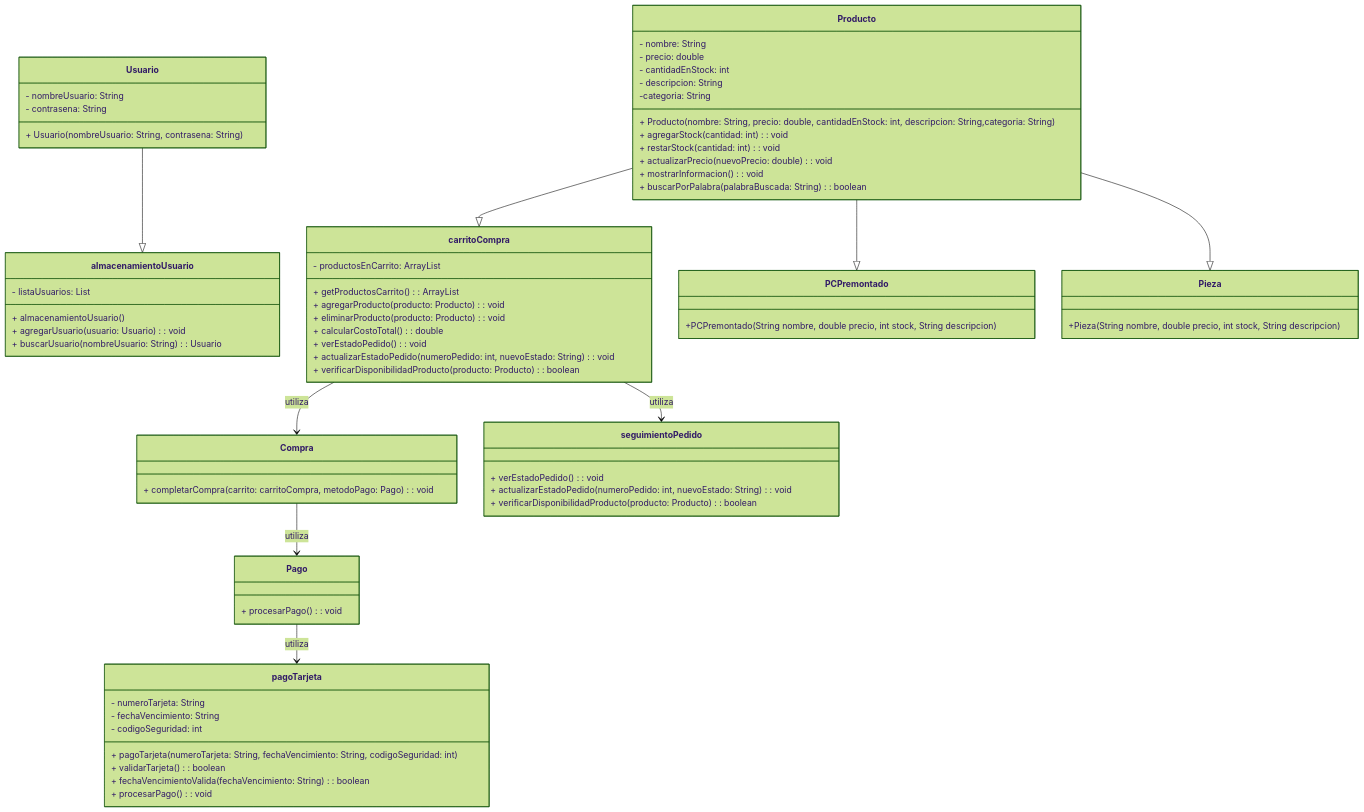
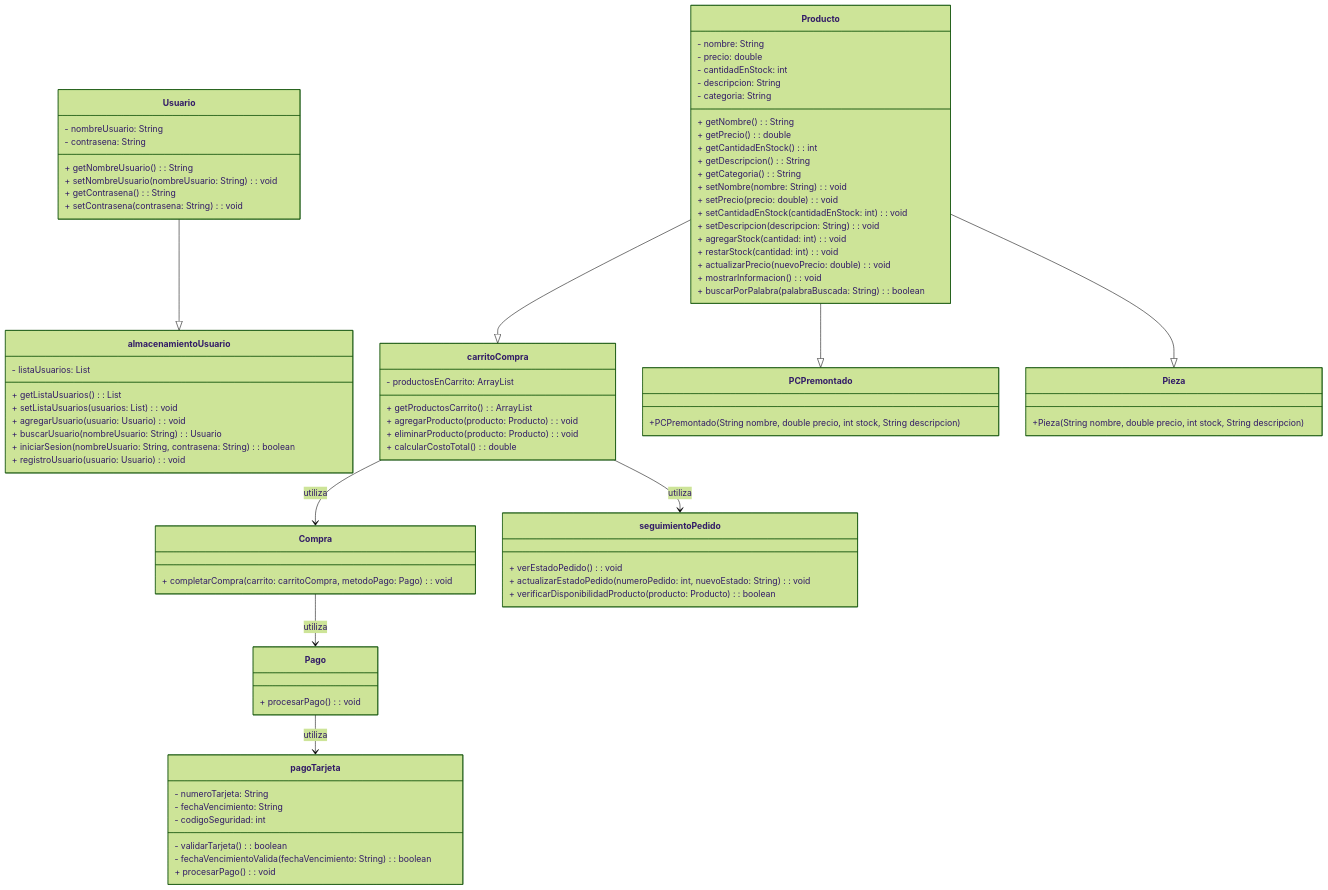
One commit to Pabl0t0rr/TrabajoFinalTPA changed the diagram in README.md. Above: the diagram before and after it, drawn with Mermaid (forest theme).

Commit message:
Update UML

```diff
--- a/README.md
+++ b/README.md
@@ -27,22 +27,22 @@
 
 classDiagram
     class almacenamientoUsuario {
-        - listaUsuarios: List<Usuario>
-        + almacenamientoUsuario()
-        + agregarUsuario(usuario: Usuario): void
-        + buscarUsuario(nombreUsuario: String): Usuario
-    }
+    - listaUsuarios: List<Usuario>
+    + getListaUsuarios(): List<Usuario>
+    + setListaUsuarios(usuarios: List<Usuario>): void
+    + agregarUsuario(usuario: Usuario): void
+    + buscarUsuario(nombreUsuario: String): Usuario
+    + iniciarSesion(nombreUsuario: String, contrasena: String): boolean
+    + registroUsuario(usuario: Usuario): void
+  }
 
     class carritoCompra {
-        - productosEnCarrito: ArrayList<Producto>
-        + getProductosCarrito(): ArrayList<Producto>
-        + agregarProducto(producto: Producto): void
-        + eliminarProducto(producto: Producto): void
-        + calcularCostoTotal(): double
-        + verEstadoPedido(): void
-        + actualizarEstadoPedido(numeroPedido: int, nuevoEstado: String): void
-        + verificarDisponibilidadProducto(producto: Producto): boolean
-    }
+    - productosEnCarrito: ArrayList<Producto>
+    + getProductosCarrito(): ArrayList<Producto>
+    + agregarProducto(producto: Producto): void
+    + eliminarProducto(producto: Producto): void
+    + calcularCostoTotal(): double
+  }
 
     class Compra {
         + completarCompra(carrito: carritoCompra, metodoPago: Pago): void
@@ -52,29 +52,36 @@
         + procesarPago(): void
     }
 
-    class pagoTarjeta {
-        - numeroTarjeta: String
-        - fechaVencimiento: String
-        - codigoSeguridad: int
-        + pagoTarjeta(numeroTarjeta: String, fechaVencimiento: String, codigoSeguridad: int)
-        + validarTarjeta(): boolean
-        + fechaVencimientoValida(fechaVencimiento: String): boolean
-        + procesarPago(): void
-    }
+   class pagoTarjeta {
+    - numeroTarjeta: String
+    - fechaVencimiento: String
+    - codigoSeguridad: int
+    - validarTarjeta(): boolean
+    - fechaVencimientoValida(fechaVencimiento: String): boolean
+    + procesarPago(): void
+  }
 
     class Producto {
-        - nombre: String
-        - precio: double
-        - cantidadEnStock: int
-        - descripcion: String
-        -categoria: String
-        + Producto(nombre: String, precio: double, cantidadEnStock: int, descripcion: String,categoria: String)
-        + agregarStock(cantidad: int): void
-        + restarStock(cantidad: int): void
-        + actualizarPrecio(nuevoPrecio: double): void
-        + mostrarInformacion(): void
-        + buscarPorPalabra(palabraBuscada: String): boolean
-    }
+    - nombre: String
+    - precio: double
+    - cantidadEnStock: int
+    - descripcion: String
+    - categoria: String
+    + getNombre(): String
+    + getPrecio(): double
+    + getCantidadEnStock(): int
+    + getDescripcion(): String
+    + getCategoria(): String
+    + setNombre(nombre: String): void
+    + setPrecio(precio: double): void
+    + setCantidadEnStock(cantidadEnStock: int): void
+    + setDescripcion(descripcion: String): void
+    + agregarStock(cantidad: int): void
+    + restarStock(cantidad: int): void
+    + actualizarPrecio(nuevoPrecio: double): void
+    + mostrarInformacion(): void
+    + buscarPorPalabra(palabraBuscada: String): boolean
+  }
 
     class seguimientoPedido {
         + verEstadoPedido(): void
@@ -83,10 +90,13 @@
     }
 
     class Usuario {
-        - nombreUsuario: String
-        - contrasena: String
-        + Usuario(nombreUsuario: String, contrasena: String)
-    }
+    - nombreUsuario: String
+    - contrasena: String
+    + getNombreUsuario(): String
+    + setNombreUsuario(nombreUsuario: String): void
+    + getContrasena(): String
+    + setContrasena(contrasena: String): void
+  }
 
     class PCPremontado{
         +PCPremontado(String nombre, double precio, int stock, String descripcion)
```
